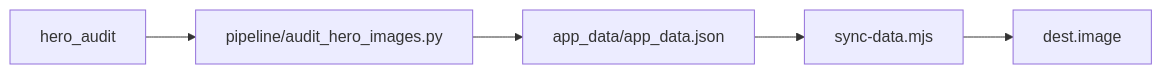
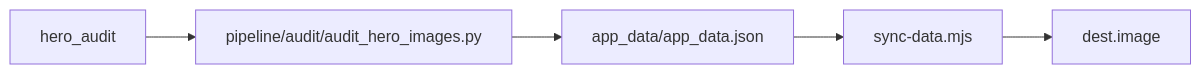
One commit to basvn123/carta-travel-app changed diagram 25 of 46 in docs/architecture/lineage.md. Above: the diagram before and after it, drawn with Mermaid. The commit also changed other lines of this file and 32 other files, not shown here.

First line of the commit message:
T1207: group the audit and check scripts in pipeline/audit/

````diff
--- a/docs/architecture/lineage.md
+++ b/docs/architecture/lineage.md
@@ -580,12 +580,12 @@
 ```mermaid
 flowchart LR
   T_hero_audit["hero_audit"]
-  C0["pipeline/audit_hero_images.py"]
+  C0["pipeline/audit/audit_hero_images.py"]
   T_hero_audit --> C0
   M["app_data/app_data.json"]
   C0 --> M
   S["sync-data.mjs"]
   M --> S
   F0["dest.image"]
   S --> F0
 ```
````
